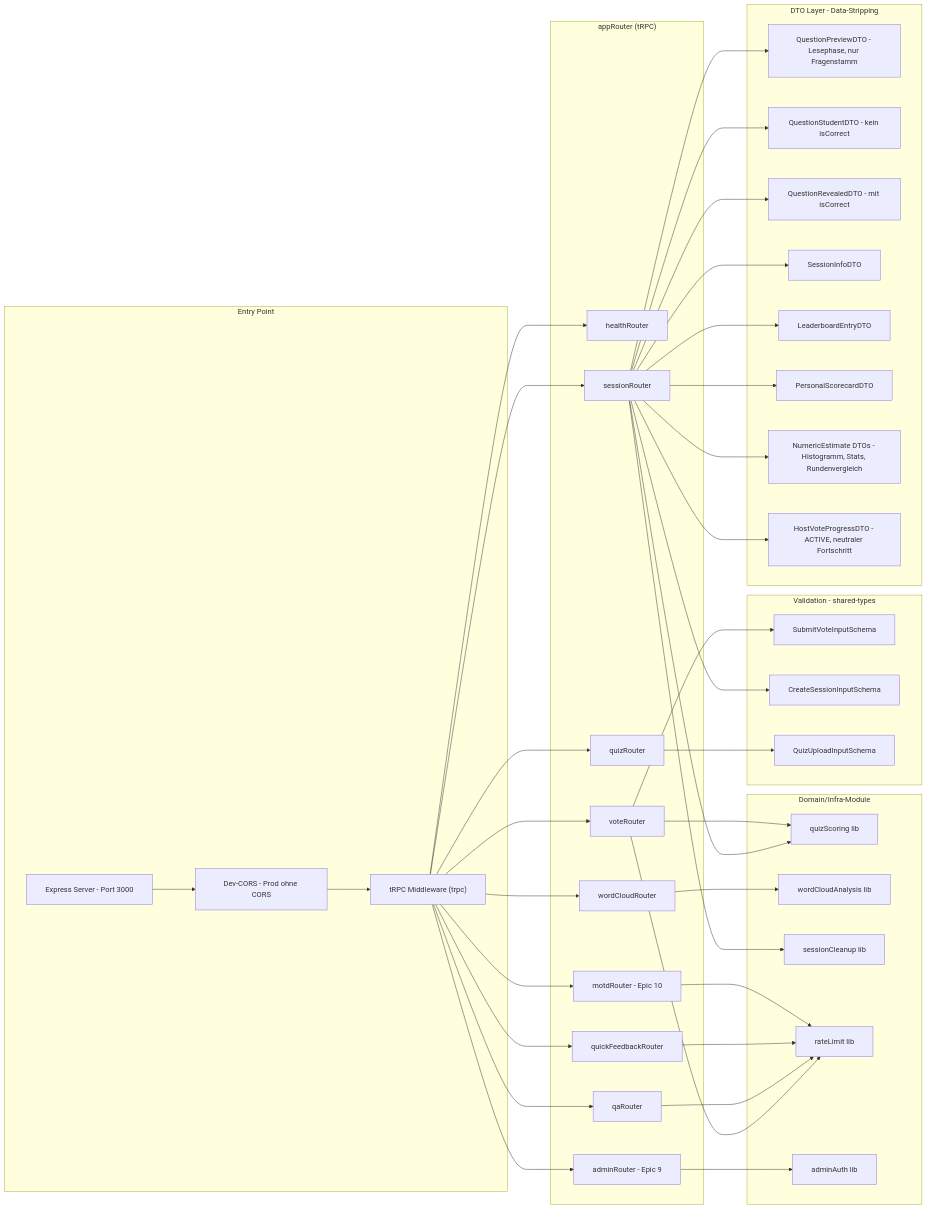
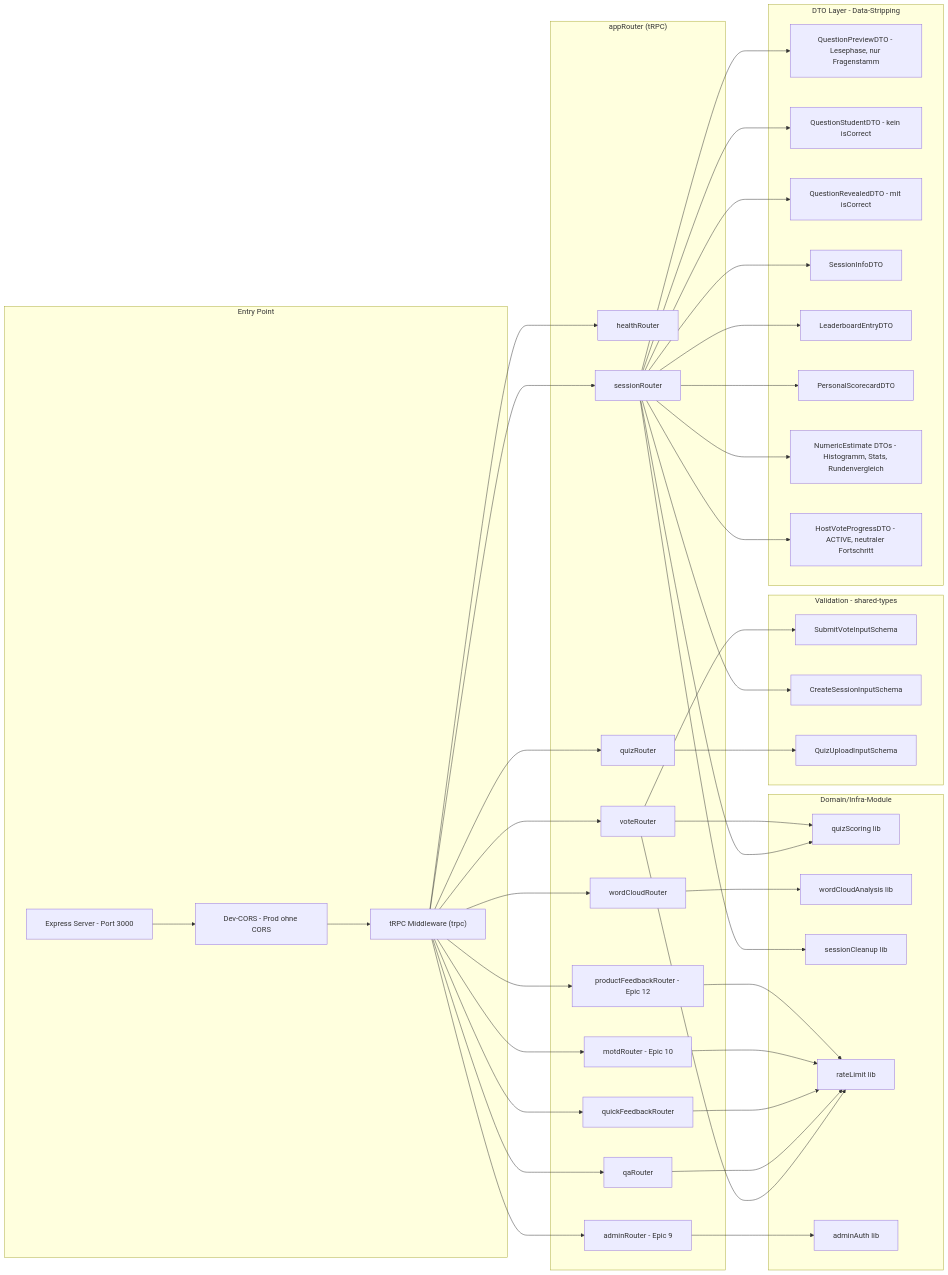
One commit to kqc-real/arsnova.eu changed the first of 21 diagrams in docs/diagrams/diagrams.md. Above: the diagram before and after it, drawn with Mermaid. The commit also changed other lines of this file and 18 other files, not shown here.

````diff
--- a/docs/diagrams/diagrams.md
+++ b/docs/diagrams/diagrams.md
@@ -18,79 +18,82 @@
 ```mermaid
 %%{init: {'flowchart': {'curve': 'basis', 'nodeSpacing': 64, 'rankSpacing': 92, 'padding': 20}}}%%
 graph LR
     subgraph Entry["Entry Point"]
         express[Express Server - Port 3000]
         cors["Dev-CORS - Prod ohne CORS"]
         trpcmw["tRPC Middleware (trpc)"]
     end
 
     subgraph Router["appRouter (tRPC)"]
         health[healthRouter]
         quiz[quizRouter]
         session[sessionRouter]
         vote[voteRouter]
         qa[qaRouter]
         quickfb[quickFeedbackRouter]
         wordcloud[wordCloudRouter]
         admin[adminRouter - Epic 9]
         motd[motdRouter - Epic 10]
+        productfb[productFeedbackRouter - Epic 12]
     end
 
     subgraph Modules["Domain/Infra-Module"]
         scoring[quizScoring lib]
         wordcloudanalysis[wordCloudAnalysis lib]
         cleanup[sessionCleanup lib]
         ratelimit[rateLimit lib]
         adminauth[adminAuth lib]
     end
 
     subgraph DTO["DTO Layer - Data-Stripping"]
         prevdto["QuestionPreviewDTO - Lesephase, nur Fragenstamm"]
         studdto[QuestionStudentDTO - kein isCorrect]
         revdto[QuestionRevealedDTO - mit isCorrect]
         sessiondto[SessionInfoDTO]
         lbdto[LeaderboardEntryDTO]
         scoredto[PersonalScorecardDTO]
         numericdto[NumericEstimate DTOs - Histogramm, Stats, Rundenvergleich]
         hostprogressdto[HostVoteProgressDTO - ACTIVE, neutraler Fortschritt]
     end
 
     subgraph Validation["Validation - shared-types"]
         submitvote[SubmitVoteInputSchema]
         createsession[CreateSessionInputSchema]
         quizupload[QuizUploadInputSchema]
     end
 
     express --> cors --> trpcmw
     trpcmw --> health
     trpcmw --> quiz
     trpcmw --> session
     trpcmw --> vote
     trpcmw --> qa
     trpcmw --> quickfb
     trpcmw --> wordcloud
     trpcmw --> admin
     trpcmw --> motd
+    trpcmw --> productfb
 
     session --> scoring
     session --> cleanup
     vote --> scoring
     wordcloud --> wordcloudanalysis
     vote --> ratelimit
     qa --> ratelimit
     quickfb --> ratelimit
     admin --> adminauth
     motd --> ratelimit
+    productfb --> ratelimit
 
     session --> prevdto
     session --> studdto
     session --> revdto
     session --> sessiondto
     session --> lbdto
     session --> scoredto
     session --> numericdto
     session --> hostprogressdto
     vote --> submitvote
     quiz --> quizupload
     session --> createsession
 ```
````
